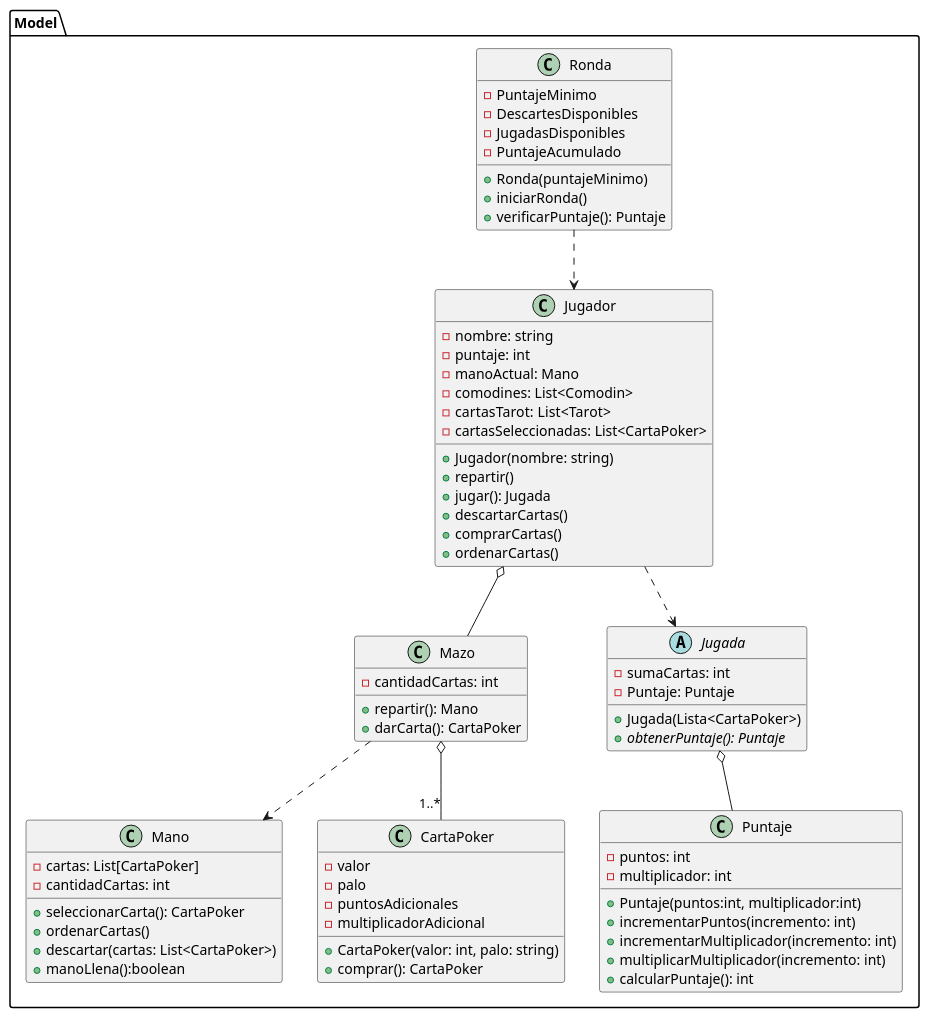
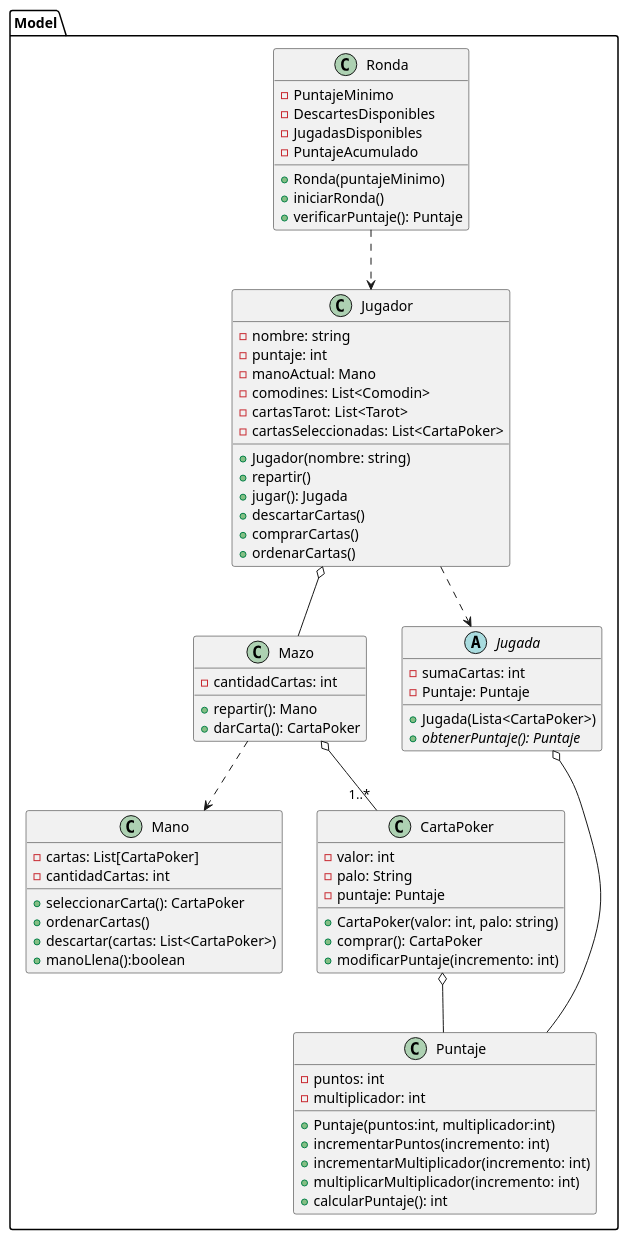
The diagram in diagrams/classes/clasesBalatro2.puml (carruizdiaz1109/UBAlatro), drawn with PlantUML before and after one commit. The commit also changed 3 other files, not shown here.

Commit message:
Cambio estrucutra cartaPoker

```diff
--- a/diagrams/classes/clasesBalatro2.puml
+++ b/diagrams/classes/clasesBalatro2.puml
@@ -1,79 +1,80 @@
 @startuml
 
 package Model {
 
 class Jugador {
     - nombre: string
     - puntaje: int
     - manoActual: Mano
     - comodines: List<Comodin>
     - cartasTarot: List<Tarot>
     - cartasSeleccionadas: List<CartaPoker>
     + Jugador(nombre: string)
     + repartir()
     + jugar(): Jugada
     + descartarCartas()
     + comprarCartas()
     + ordenarCartas()
 }
 
 
 class Mazo {
     - cantidadCartas: int
     + repartir(): Mano
     + darCarta(): CartaPoker
 }
 
 class Mano {
     - cartas: List[CartaPoker]
     - cantidadCartas: int
     + seleccionarCarta(): CartaPoker
     + ordenarCartas()
     + descartar(cartas: List<CartaPoker>)
     + manoLlena():boolean
 }
 
 class Puntaje {
     - puntos: int
     - multiplicador: int
     + Puntaje(puntos:int, multiplicador:int)
     + incrementarPuntos(incremento: int)
     + incrementarMultiplicador(incremento: int)
     + multiplicarMultiplicador(incremento: int)
     + calcularPuntaje(): int
 }
 
 class CartaPoker {
-    - valor
-    - palo
-    - puntosAdicionales
-    - multiplicadorAdicional
+    - valor: int
+    - palo: String
+    - puntaje: Puntaje
     + CartaPoker(valor: int, palo: string)
     + comprar(): CartaPoker
+    + modificarPuntaje(incremento: int)
 }
 
 class Ronda {
     - PuntajeMinimo
     - DescartesDisponibles
     - JugadasDisponibles
     - PuntajeAcumulado
     + Ronda(puntajeMinimo)
     + iniciarRonda()
     + verificarPuntaje(): Puntaje
 }
 
 abstract class Jugada {
     - sumaCartas: int
     - Puntaje: Puntaje
     + Jugada(Lista<CartaPoker>)
     + {abstract}obtenerPuntaje(): Puntaje
 }
 
+CartaPoker o-- Puntaje
 Jugador o-- Mazo
 Mazo ..> Mano
 Mazo o-- "1..*" CartaPoker
 Jugador ..> Jugada
 Jugada o-- Puntaje
 Ronda ..> Jugador
 }
 @enduml
```
